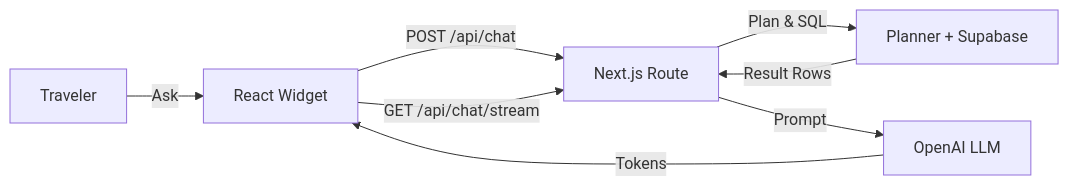
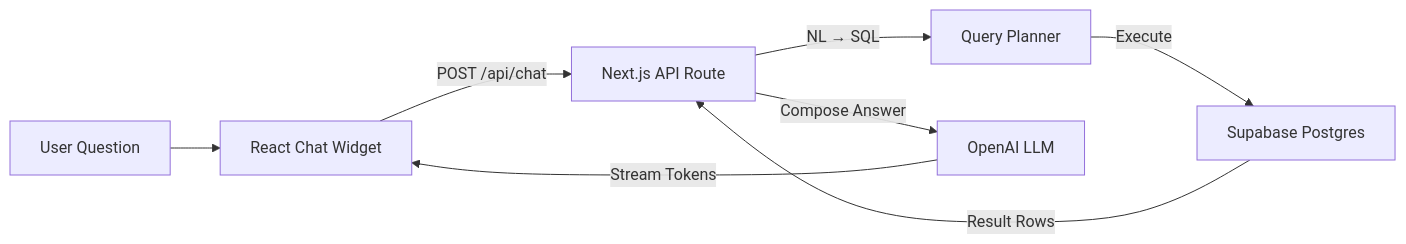
One commit to ShayFeldboy1010/tripay changed the diagram in README.md. Above: the diagram before and after it, drawn with Mermaid. The commit also changed other lines of this file and 5 other files, not shown here.

````diff
--- a/README.md
+++ b/README.md
@@ -52,10 +51,10 @@
 ```mermaid
 flowchart LR
-  A[Traveler] -->|Ask| B[React Widget]
-  B -->|POST /api/chat| C[Next.js Route]
-  B -->|GET /api/chat/stream| C
-  C -->|Plan & SQL| D[Planner + Supabase]
-  D -->|Result Rows| C
-  C -->|Prompt| E[OpenAI LLM]
-  E -->|Tokens| B
+  A[User Question] --> B[React Chat Widget]
+  B -->|POST /api/chat| C[Next.js API Route]
+  C -->|NL → SQL| D[Query Planner]
+  D -->|Execute| E[Supabase Postgres]
+  E -->|Result Rows| C
+  C -->|Compose Answer| F[OpenAI LLM]
+  F -->|Stream Tokens| B
 ```
````
